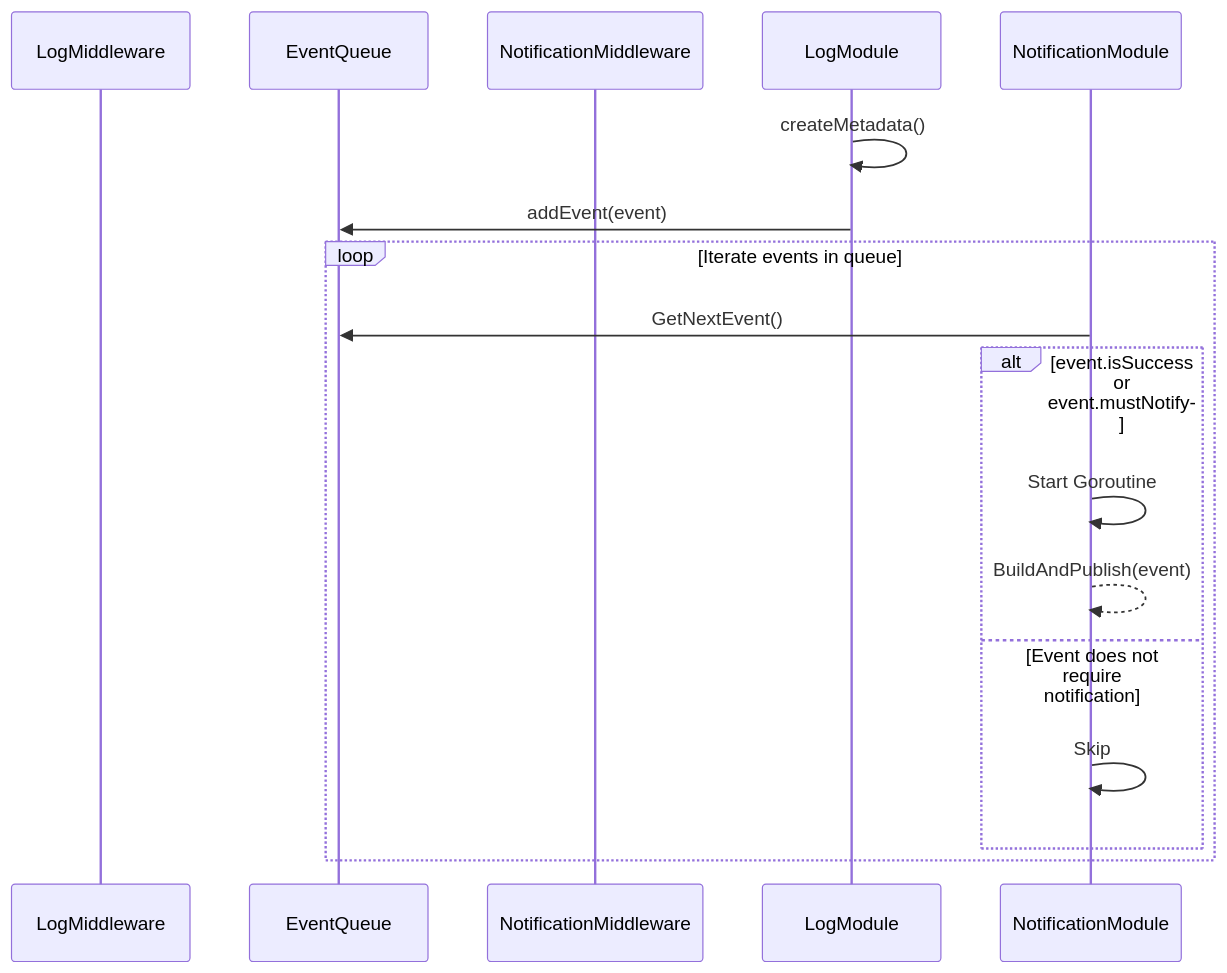
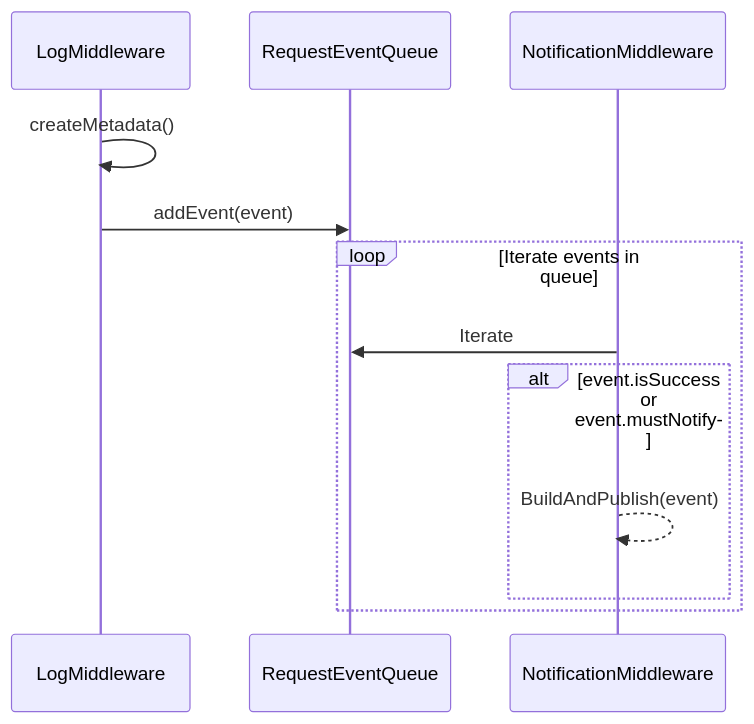
One commit to goharbor/community changed the diagram in proposals/new/enhance_audit_log.md. Above: the diagram before and after it, drawn with Mermaid.

````diff
--- a/proposals/new/enhance_audit_log.md
+++ b/proposals/new/enhance_audit_log.md
@@ -322,18 +322,15 @@
 ```mermaid
 sequenceDiagram
     participant LogMiddleware
-    participant EventQueue
+    participant RequestEventQueue
     participant NotificationMiddleware
 
-    LogModule->>LogModule: createMetadata()
-    LogModule->>EventQueue: addEvent(event)
+    LogMiddleware->>LogMiddleware: createMetadata()
+    LogMiddleware->>RequestEventQueue: addEvent(event)
     loop Iterate events in queue
-        NotificationModule->>EventQueue: GetNextEvent()
+        NotificationMiddleware->>RequestEventQueue: Iterate
         alt event.isSuccess or event.mustNotify
-            NotificationModule->>NotificationModule: Start Goroutine
-            NotificationModule-->>NotificationModule: BuildAndPublish(event)
-        else Event does not require notification
-            NotificationModule->>NotificationModule: Skip
+            NotificationMiddleware-->>NotificationMiddleware: BuildAndPublish(event)
         end
     end
 ```
````
